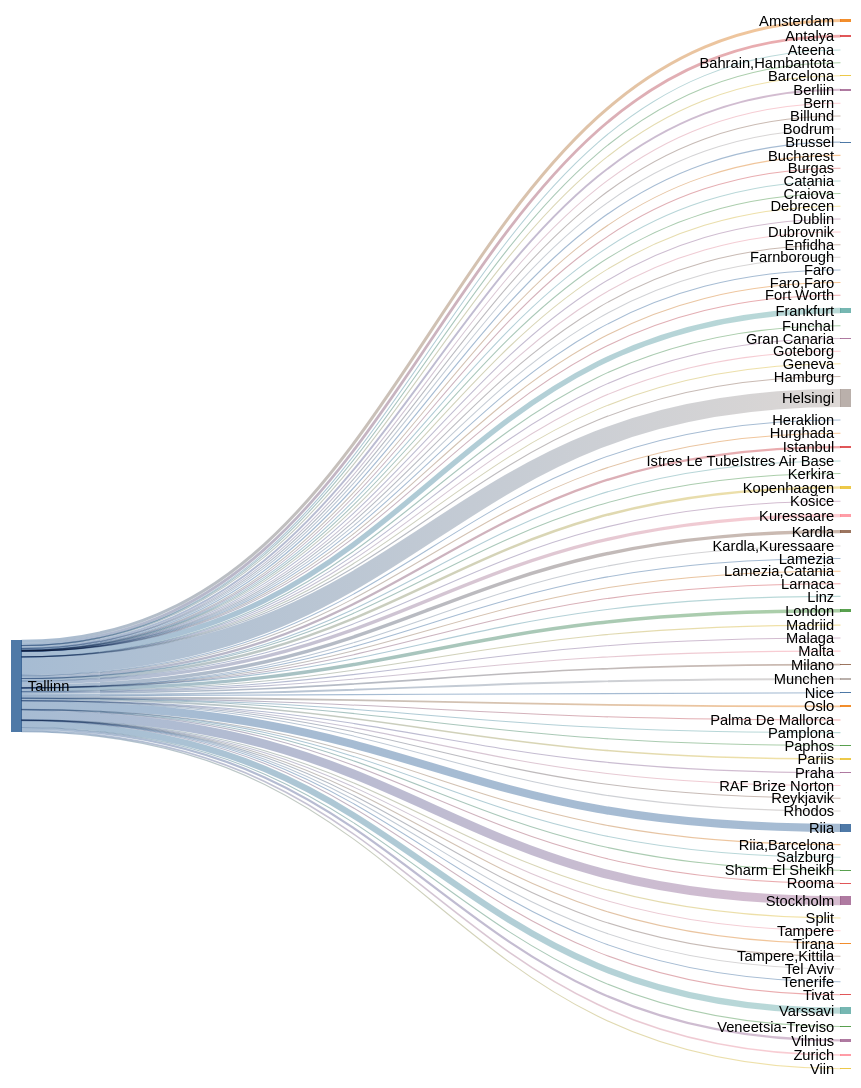
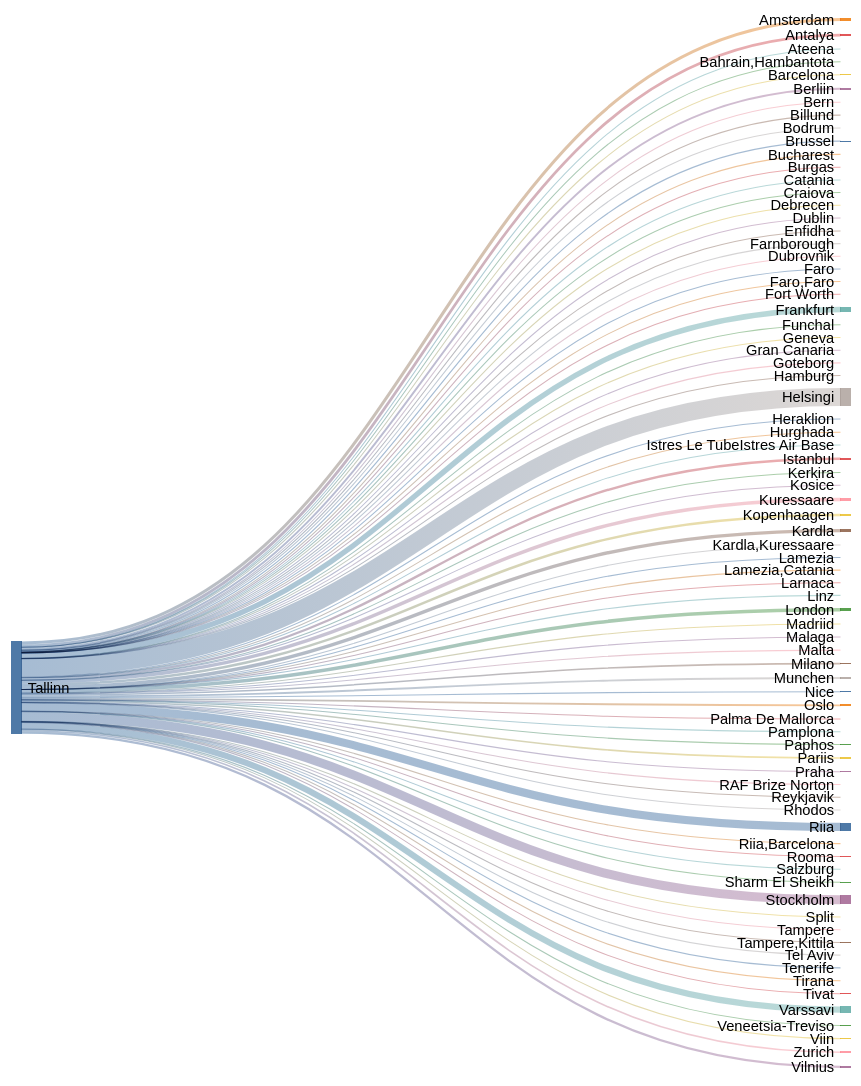
The second of 2 diagrams in README.md (rainermesi/tll-airport-departures), drawn with Mermaid (neutral theme) before and after one commit. The commit also changed other lines of this file and 1 other file, not shown here.

````diff
--- a/README.md
+++ b/README.md
@@ -41,83 +41,83 @@
 ---
 sankey-beta
 %% source,target,value
-Tallinn,Amsterdam,551
-Tallinn,Antalya,503
+Tallinn,Amsterdam,553
+Tallinn,Antalya,507
 Tallinn,Ateena,16
 Tallinn,"Bahrain,Hambantota",1
 Tallinn,Barcelona,155
-Tallinn,Berliin,344
+Tallinn,Berliin,346
 Tallinn,Bern,1
 Tallinn,Billund,87
 Tallinn,Bodrum,12
-Tallinn,Brussel,211
+Tallinn,Brussel,212
 Tallinn,Bucharest,1
 Tallinn,Burgas,67
 Tallinn,Catania,2
 Tallinn,Craiova,1
 Tallinn,Debrecen,1
-Tallinn,Dublin,104
+Tallinn,Dublin,105
 Tallinn,Dubrovnik,21
 Tallinn,Enfidha,13
 Tallinn,Farnborough,1
 Tallinn,Faro,4
 Tallinn,"Faro,Faro",1
 Tallinn,Fort Worth,1
-Tallinn,Frankfurt,975
+Tallinn,Frankfurt,977
 Tallinn,Funchal,6
 Tallinn,Geneva,13
 Tallinn,Gran Canaria,38
 Tallinn,Goteborg,2
 Tallinn,Hamburg,2
-Tallinn,Helsingi,3269
-Tallinn,Heraklion,122
+Tallinn,Helsingi,3276
+Tallinn,Heraklion,123
 Tallinn,Hurghada,75
-Tallinn,Istanbul,424
+Tallinn,Istanbul,425
 Tallinn,Istres Le TubeIstres Air Base,2
 Tallinn,Kerkira,4
-Tallinn,Kopenhaagen,453
+Tallinn,Kopenhaagen,456
 Tallinn,Kosice,1
-Tallinn,Kuressaare,619
-Tallinn,Kardla,621
+Tallinn,Kuressaare,620
+Tallinn,Kardla,622
 Tallinn,"Kardla,Kuressaare",1
 Tallinn,Lamezia,3
 Tallinn,"Lamezia,Catania",3
 Tallinn,Larnaca,6
 Tallinn,Linz,2
-Tallinn,London,632
+Tallinn,London,634
 Tallinn,Madriid,4
 Tallinn,Malaga,134
 Tallinn,Malta,34
-Tallinn,Milano,281
-Tallinn,Munchen,344
-Tallinn,Nice,61
-Tallinn,Oslo,328
+Tallinn,Milano,282
+Tallinn,Munchen,346
+Tallinn,Nice,62
+Tallinn,Oslo,330
 Tallinn,Palma De Mallorca,38
 Tallinn,Pamplona,1
 Tallinn,Paphos,66
-Tallinn,Pariis,291
-Tallinn,Praha,96
+Tallinn,Pariis,292
+Tallinn,Praha,97
 Tallinn,RAF Brize Norton,1
 Tallinn,Reykjavik,20
 Tallinn,Rhodos,69
-Tallinn,Riia,1481
+Tallinn,Riia,1485
 Tallinn,"Riia,Barcelona",1
 Tallinn,Rooma,80
 Tallinn,Salzburg,14
 Tallinn,Sharm El Sheikh,112
-Tallinn,Split,62
-Tallinn,Stockholm,1629
+Tallinn,Split,63
+Tallinn,Stockholm,1635
 Tallinn,Tampere,17
 Tallinn,"Tampere,Kittila",21
 Tallinn,Tel Aviv,2
 Tallinn,Tenerife,58
 Tallinn,Tirana,41
-Tallinn,Tivat,77
-Tallinn,Varssavi,1132
+Tallinn,Tivat,78
+Tallinn,Varssavi,1135
 Tallinn,Veneetsia-Treviso,67
 Tallinn,Viin,106
-Tallinn,Vilnius,412
-Tallinn,Zurich,293
+Tallinn,Vilnius,413
+Tallinn,Zurich,294
 
 
 ```
````
